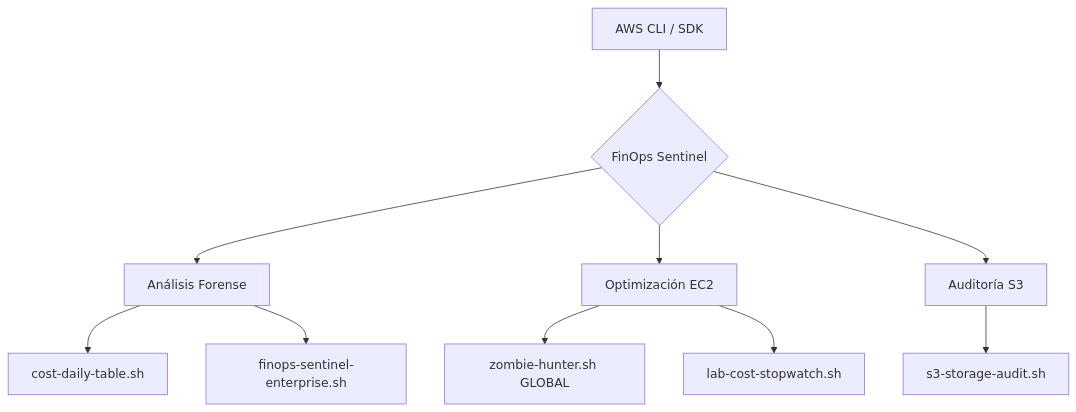
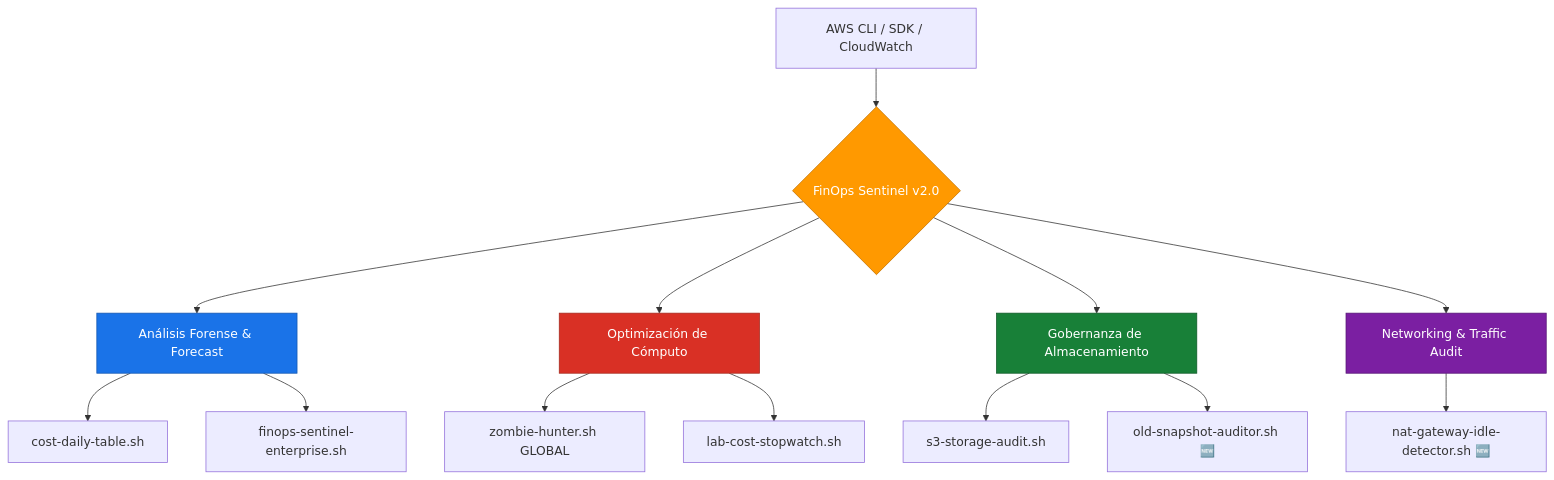
The diagram in README.md (jgaragorry/aws-finops-sentinel), drawn with Mermaid before and after one commit. The commit also changed other lines of this file and 2 other files, not shown here.

Commit message:
feat: upgrade to v2.0.0 - added NAT detector, Snapshot auditor and Mermaid diagrams

````diff
--- a/README.md
+++ b/README.md
@@ -29,12 +35,26 @@
 ```mermaid
 graph TD
-    A[AWS CLI / SDK] --> B{FinOps Sentinel}
-    B --> C[Análisis Forense]
-    B --> D[Optimización EC2]
-    B --> E[Auditoría S3]
+    A[AWS CLI / SDK / CloudWatch] --> B{FinOps Sentinel v2.0}
+
+    B --> C[Análisis Forense & Forecast]
+    B --> D[Optimización de Cómputo]
+    B --> E[Gobernanza de Almacenamiento]
+    B --> F[Networking & Traffic Audit]
+
     C --> C1[cost-daily-table.sh]
     C --> C2[finops-sentinel-enterprise.sh]
+
     D --> D1[zombie-hunter.sh GLOBAL]
+    D --> D2[lab-cost-stopwatch.sh]
+
     E --> E1[s3-storage-audit.sh]
-    D --> D2[lab-cost-stopwatch.sh]
+    E --> E2[old-snapshot-auditor.sh 🆕]
+
+    F --> F1[nat-gateway-idle-detector.sh 🆕]
+
+    style B fill:#FF9900,color:#fff,stroke:#c47300
+    style C fill:#1a73e8,color:#fff,stroke:#1558b0
+    style D fill:#d93025,color:#fff,stroke:#a52a1e
+    style E fill:#188038,color:#fff,stroke:#0f5928
+    style F fill:#7b1fa2,color:#fff,stroke:#561575
 ```
````
